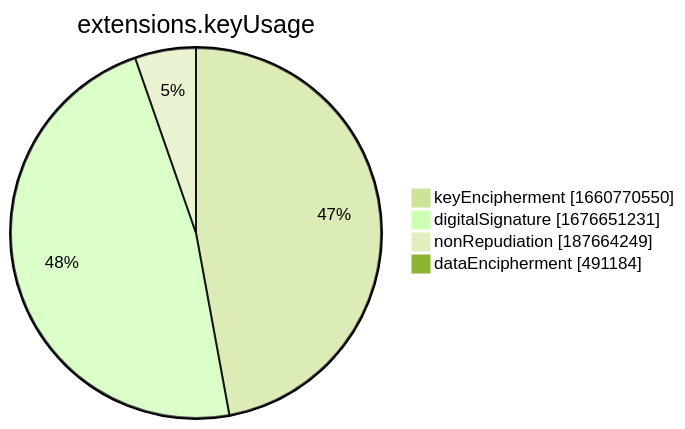
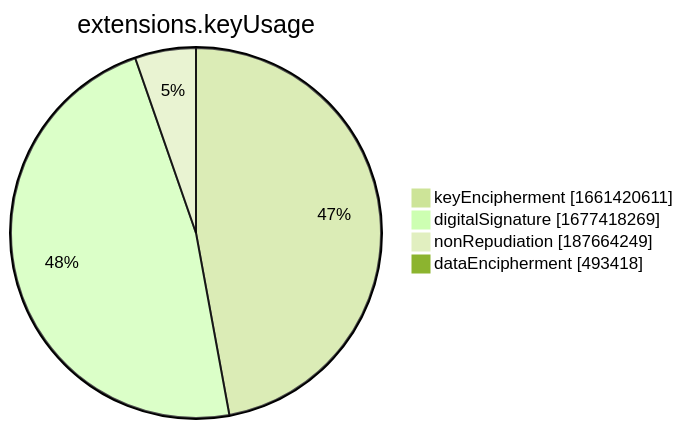
Before and after one commit to christiankrug/ctmonitor_visualization: the seventh of 15 diagrams in xenon2022/README.md, drawn with Mermaid (forest theme). The commit also changed other lines of this file, not shown here.

````diff
--- a/xenon2022/README.md
+++ b/xenon2022/README.md
@@ -2857,8 +2857,8 @@
 ```mermaid
 pie showData
 title extensions.keyUsage
-"keyEncipherment" :1660770550
-"digitalSignature" :1676651231
+"keyEncipherment" :1661420611
+"digitalSignature" :1677418269
 "nonRepudiation" :187664249
-"dataEncipherment" :491184
+"dataEncipherment" :493418
 ```
````
